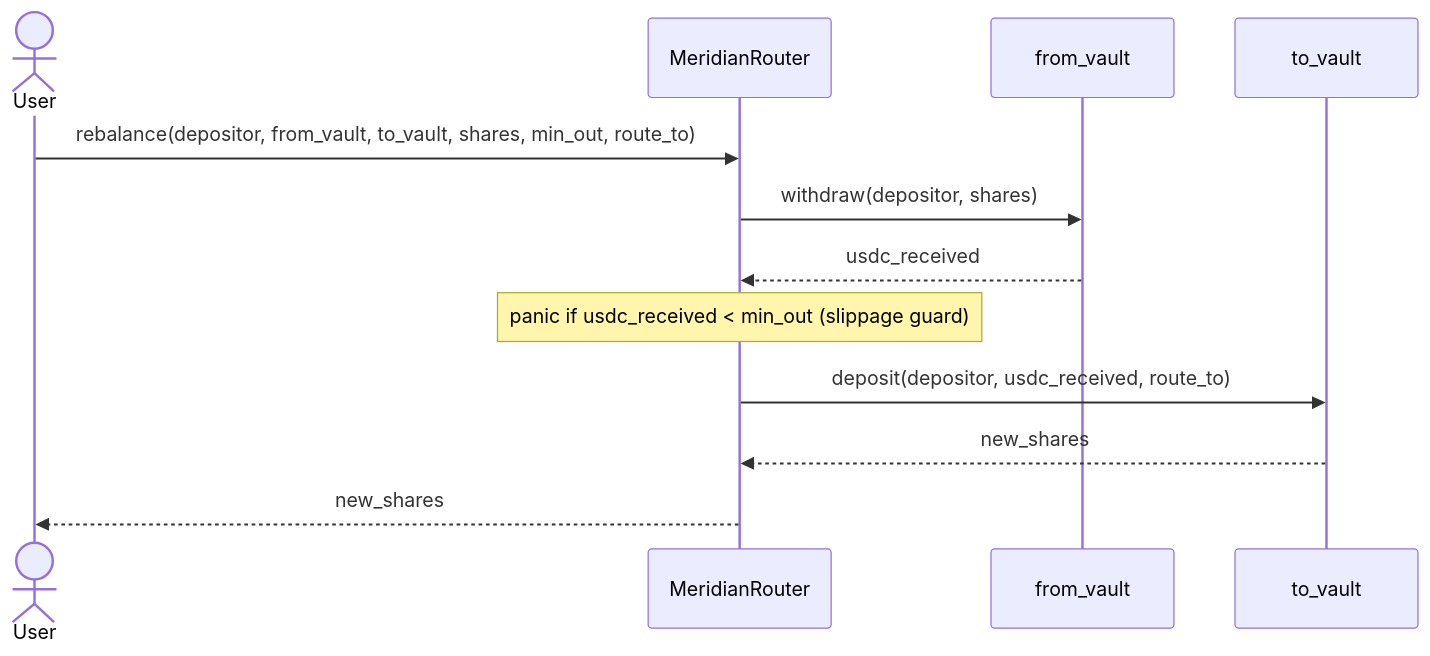
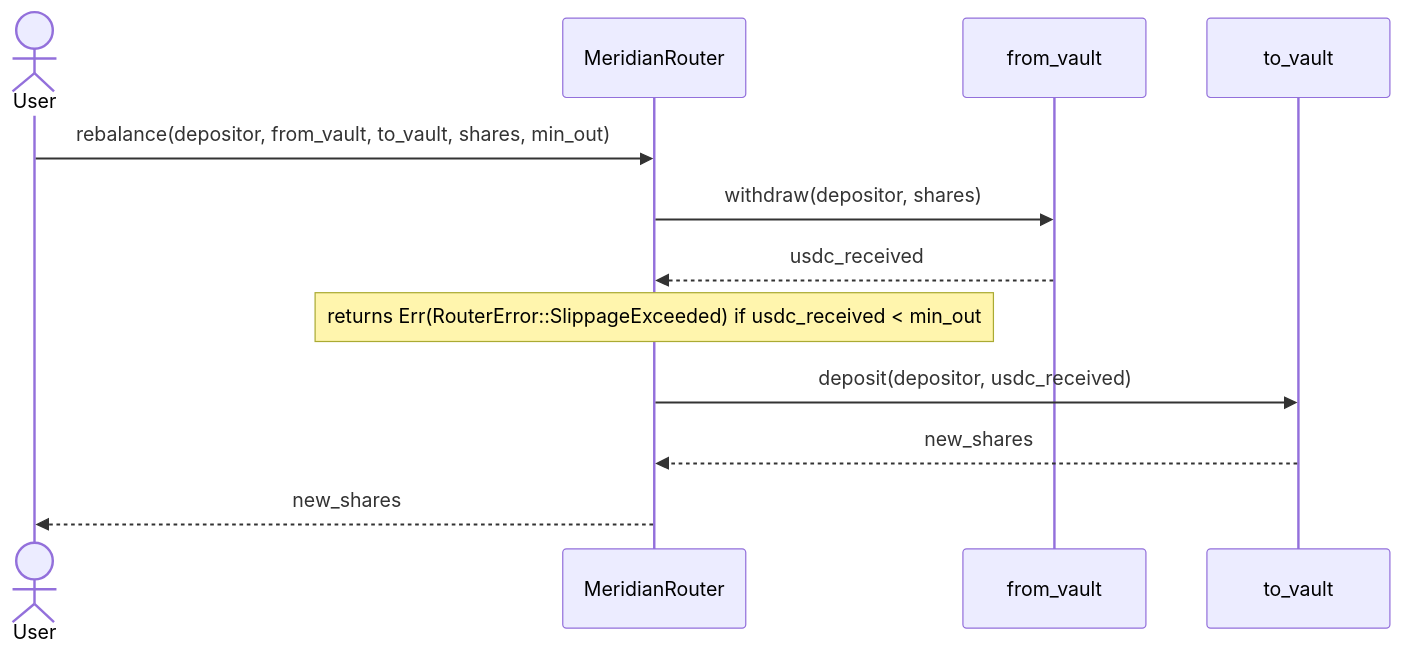
One commit to collinsezedike/meridian changed the diagram in docs/contracts.md. Above: the diagram before and after it, drawn with Mermaid. The commit also changed other lines of this file and 5 other files, not shown here.

Commit message:
docs: fix stale references across README and architecture docs

````diff
--- a/docs/contracts.md
+++ b/docs/contracts.md
@@ -65,15 +49,15 @@
 ```mermaid
 sequenceDiagram
     actor User
     participant Router as MeridianRouter
     participant VaultA as from_vault
     participant VaultB as to_vault
 
-    User->>Router: rebalance(depositor, from_vault, to_vault, shares, min_out, route_to)
+    User->>Router: rebalance(depositor, from_vault, to_vault, shares, min_out)
     Router->>VaultA: withdraw(depositor, shares)
     VaultA-->>Router: usdc_received
-    Note over Router: panic if usdc_received < min_out (slippage guard)
-    Router->>VaultB: deposit(depositor, usdc_received, route_to)
+    Note over Router: returns Err(RouterError::SlippageExceeded) if usdc_received < min_out
+    Router->>VaultB: deposit(depositor, usdc_received)
     VaultB-->>Router: new_shares
     Router-->>User: new_shares
 ```
````
